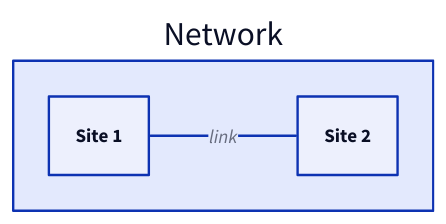
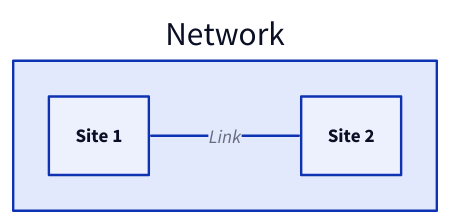
The diagram in input/concepts/images/network-1.d2 (skupperproject/refdog), drawn with D2 before and after one commit. The commit also changed 49 other files, not shown here.

```diff
--- a/input/concepts/images/network-1.d2
+++ b/input/concepts/images/network-1.d2
@@ -1,5 +1,5 @@
 direction: right
 
 Network: {
-  Site 1 -- Site 2: link
+  Site 1 -- Site 2: Link
 }
```
